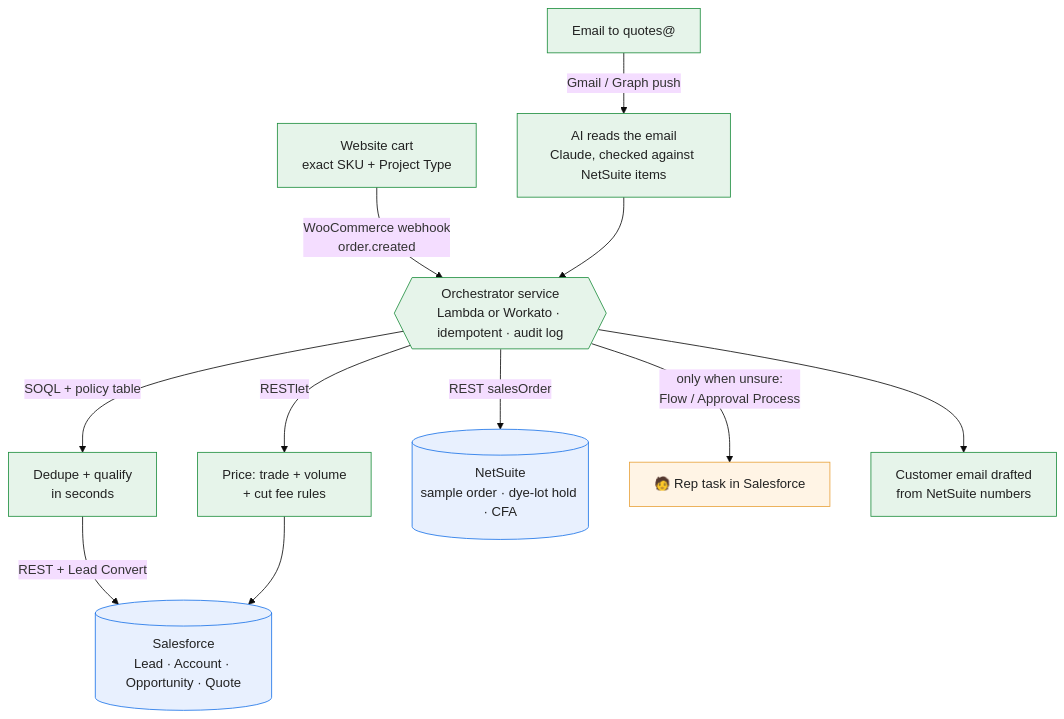
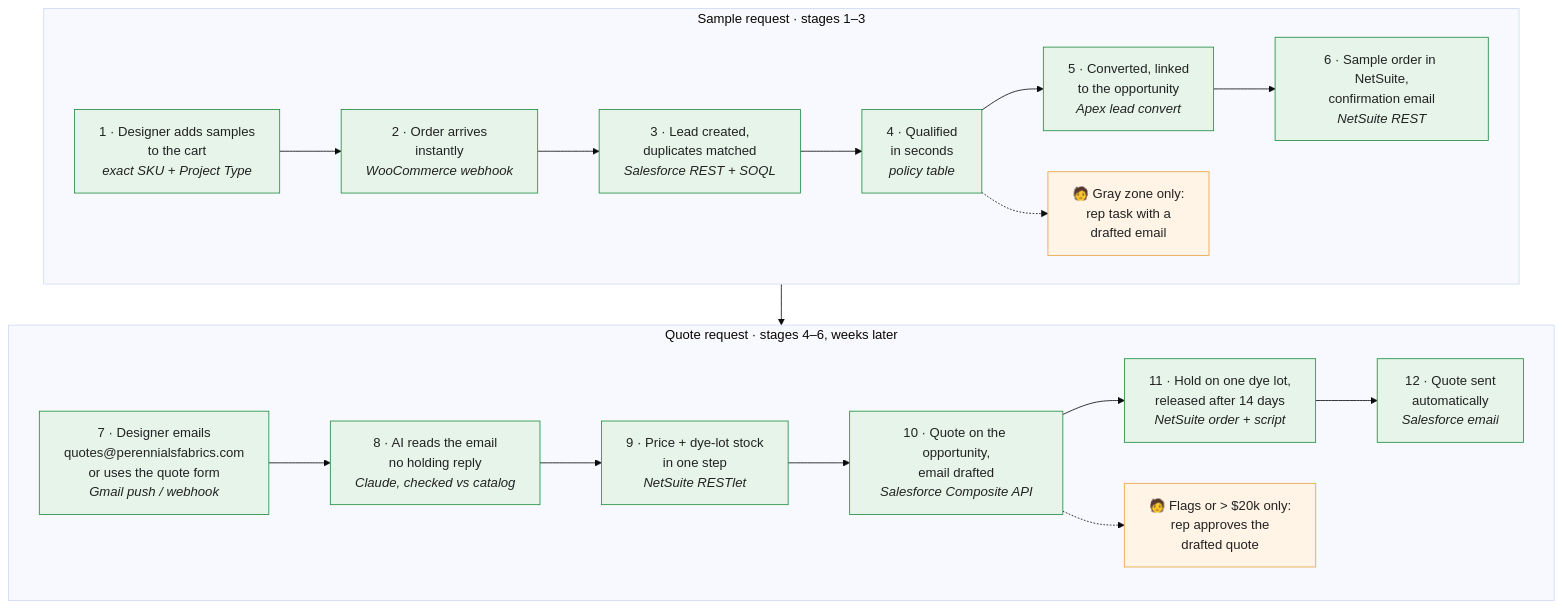
The second of 2 diagrams in README.md (bennettdavisv2/perennials-sample-to-quote), drawn with Mermaid (base theme) before and after one commit. The commit also changed other lines of this file and 13 other files, not shown here.

First line of the commit message:
Full quotes@ address; README diagrams follow the same numbered steps

````diff
--- a/README.md
+++ b/README.md
@@ -26,19 +28,18 @@
 ```mermaid
 flowchart TB
-  n1["Website cart<br/>exact SKU + Project Type"] -- "WooCommerce webhook<br/>order.created" --> orch
-  n2["Email to quotes@"] -- "Gmail / Graph push" --> ai["AI reads the email<br/>Claude, checked against NetSuite items"]
-  ai --> orch{{"Orchestrator service<br/>Lambda or Workato · idempotent · audit log"}}
-  orch -- "SOQL + policy table" --> dq["Dedupe + qualify<br/>in seconds"]
-  orch -- "RESTlet" --> pr["Price: trade + volume<br/>+ cut fee rules"]
-  orch -- "REST salesOrder" --> ns[("NetSuite<br/>sample order · dye-lot hold · CFA")]
-  orch -- "only when unsure:<br/>Flow / Approval Process" --> rv["🧑 Rep task in Salesforce"]
-  orch --> em["Customer email drafted<br/>from NetSuite numbers"]
-  dq -- "REST + Lead Convert" --> sf[("Salesforce<br/>Lead · Account · Opportunity · Quote")]
-  pr --> sf
+  subgraph S["Sample request · stages 1–3"]
+    direction LR
+    n1["1 · Designer adds samples<br/>to the cart<br/><i>exact SKU + Project Type</i>"] --> n2["2 · Order arrives<br/>instantly<br/><i>WooCommerce webhook</i>"] --> n3["3 · Lead created,<br/>duplicates matched<br/><i>Salesforce REST + SOQL</i>"] --> n4["4 · Qualified<br/>in seconds<br/><i>policy table</i>"] --> n5["5 · Converted, linked<br/>to the opportunity<br/><i>Apex lead convert</i>"] --> n6["6 · Sample order in NetSuite,<br/>confirmation email<br/><i>NetSuite REST</i>"]
+    n4 -.-> h4["🧑 Gray zone only:<br/>rep task with a<br/>drafted email"]
+  end
+  subgraph Q["Quote request · stages 4–6, weeks later"]
+    direction LR
+    n7["7 · Designer emails<br/>quotes@perennialsfabrics.com<br/>or uses the quote form<br/><i>Gmail push / webhook</i>"] --> n8["8 · AI reads the email<br/>no holding reply<br/><i>Claude, checked vs catalog</i>"] --> n9["9 · Price + dye-lot stock<br/>in one step<br/><i>NetSuite RESTlet</i>"] --> n10["10 · Quote on the opportunity,<br/>email drafted<br/><i>Salesforce Composite API</i>"] --> n11["11 · Hold on one dye lot,<br/>released after 14 days<br/><i>NetSuite order + script</i>"] --> n12["12 · Quote sent<br/>automatically<br/><i>Salesforce email</i>"]
+    n10 -.-> h10["🧑 Flags or > $20k only:<br/>rep approves the<br/>drafted quote"]
+  end
+  S --> Q
   classDef auto fill:#e6f4ea,stroke:#1e8e3e,color:#222
   classDef human fill:#fff4e5,stroke:#e8a33d,color:#222
-  classDef sys fill:#e8f0fe,stroke:#1a73e8,color:#222
-  class n1,n2,ai,orch,dq,pr,em auto
-  class rv human
-  class sf,ns sys
+  class n1,n2,n3,n4,n5,n6,n7,n8,n9,n10,n11,n12 auto
+  class h4,h10 human
 ```
````
